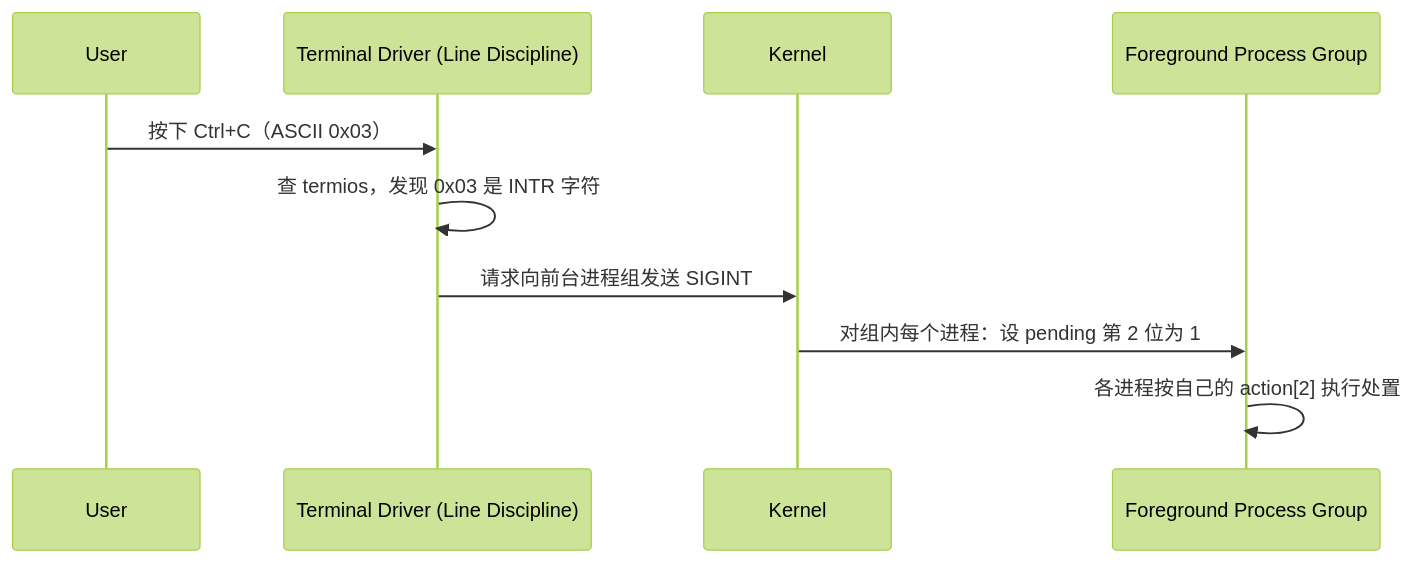
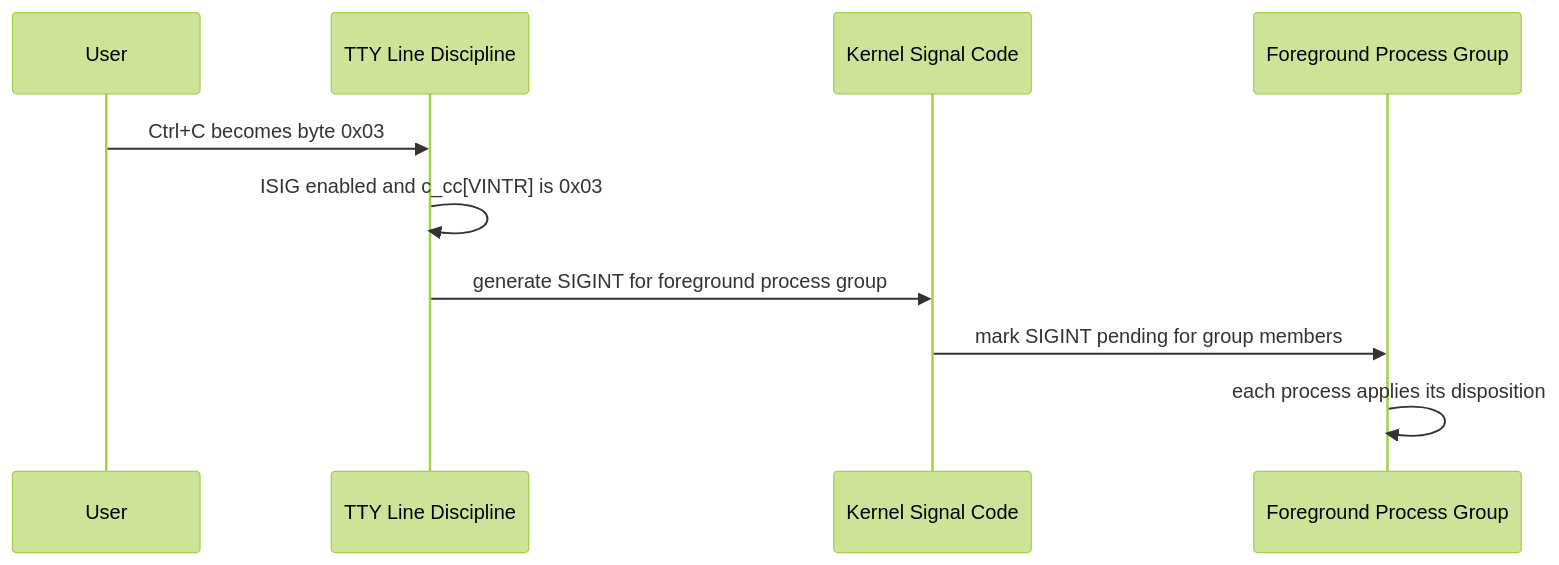
The second of 2 diagrams in course/process/02-signal.md (lilhammerfun/hands-on-os), drawn with Mermaid (forest theme) before and after one commit. The commit also changed other lines of this file and 44 other files, not shown here.

````diff
--- a/course/process/02-signal.md
+++ b/course/process/02-signal.md
@@ -151,13 +119,13 @@
 ```mermaid
 sequenceDiagram
     participant U as User
-    participant T as Terminal Driver (Line Discipline)
-    participant K as Kernel
+    participant T as TTY Line Discipline
+    participant K as Kernel Signal Code
     participant P as Foreground Process Group
 
-    U->>T: 按下 Ctrl+C（ASCII 0x03）
-    T->>T: 查 termios，发现 0x03 是 INTR 字符
-    T->>K: 请求向前台进程组发送 SIGINT
-    K->>P: 对组内每个进程：设 pending 第 2 位为 1
-    P->>P: 各进程按自己的 action[2] 执行处置
+    U->>T: Ctrl+C becomes byte 0x03
+    T->>T: ISIG enabled and c_cc[VINTR] is 0x03
+    T->>K: generate SIGINT for foreground process group
+    K->>P: mark SIGINT pending for group members
+    P->>P: each process applies its disposition
 ```
````
